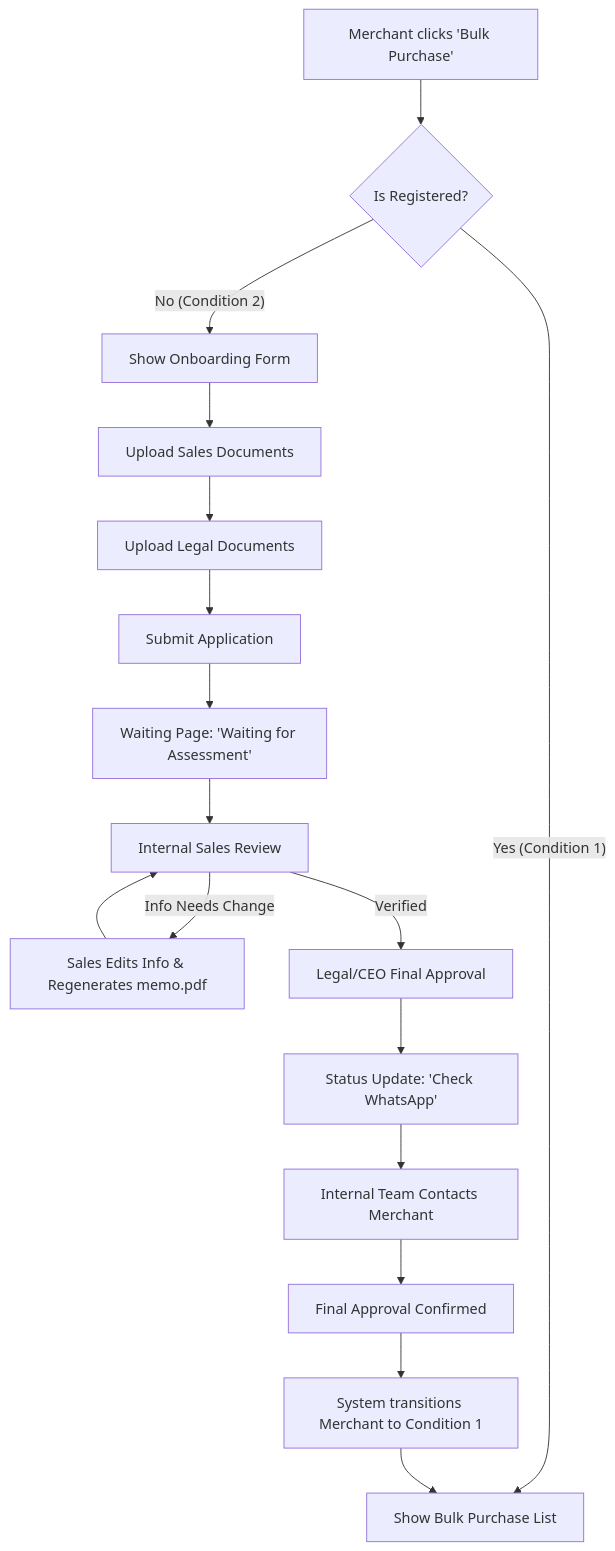
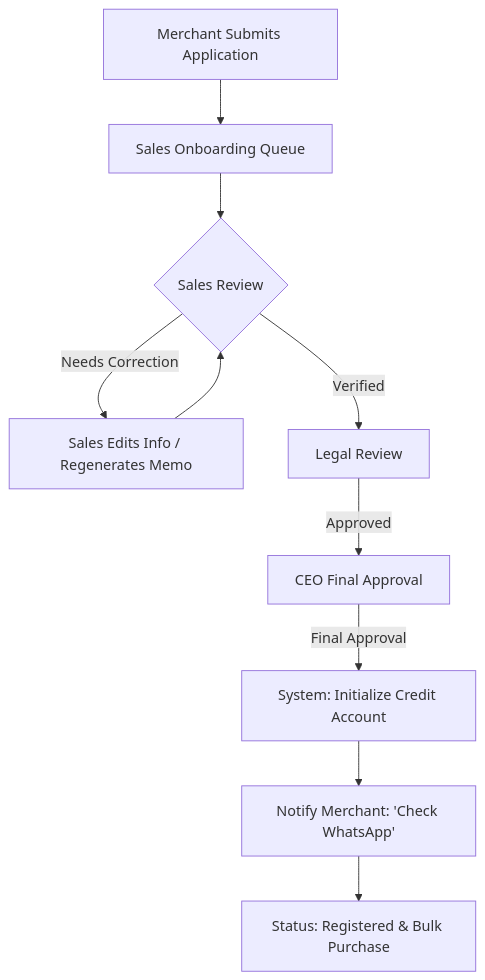
The second of 4 diagrams in MCA-Credit-Engine-Final-PRD.md (raam-flik/MCA-Bulk-Purchase), drawn with Mermaid before and after one commit. The commit also changed other lines of this file, not shown here.

````diff
--- a/MCA-Credit-Engine-Final-PRD.md
+++ b/MCA-Credit-Engine-Final-PRD.md
@@ -74,24 +181,15 @@
 ```mermaid
 graph TD
-    A[Merchant clicks 'Bulk Purchase'] --> B{Is Registered?}
-    B -- Yes (Condition 1) --> C[Show Bulk Purchase List]
-    B -- No (Condition 2) --> D[Show Onboarding Form]
+    Submit[Merchant Submits Application] --> SalesQueue[Sales Onboarding Queue]
+    SalesQueue --> SalesReview{Sales Review}
     
-    D --> E[Upload Sales Documents]
-    E --> F[Upload Legal Documents]
-    F --> G[Submit Application]
+    SalesReview -- "Needs Correction" --> SalesEdit[Sales Edits Info / Regenerates Memo]
+    SalesEdit --> SalesReview
     
-    G --> H[Waiting Page: 'Waiting for Assessment']
-    H --> I[Internal Sales Review]
+    SalesReview -- "Verified" --> LegalReview[Legal Review]
+    LegalReview -- "Approved" --> CEOReview[CEO Final Approval]
     
-    I -- Info Needs Change --> J[Sales Edits Info & Regenerates memo.pdf]
-    J --> I
-    
-    I -- Verified --> K[Legal/CEO Final Approval]
-    K --> L[Status Update: 'Check WhatsApp']
-    L --> M[Internal Team Contacts Merchant]
-    
-    M --> N[Final Approval Confirmed]
-    N --> O[System transitions Merchant to Condition 1]
-    O --> C
+    CEOReview -- "Final Approval" --> Provision[System: Initialize Credit Account]
+    Provision --> Notify[Notify Merchant: 'Check WhatsApp']
+    Notify --> ActiveStatus[Status: Registered & Bulk Purchase]
 ```
````
